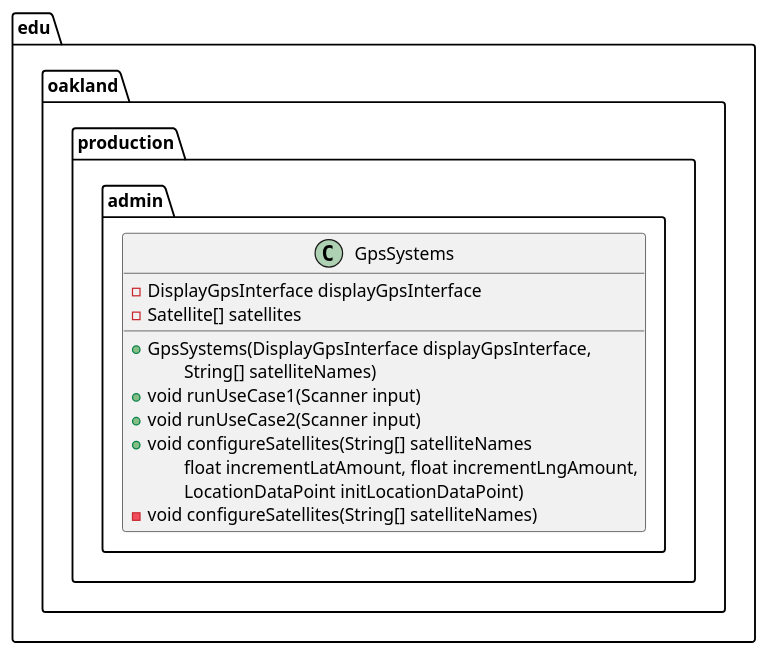
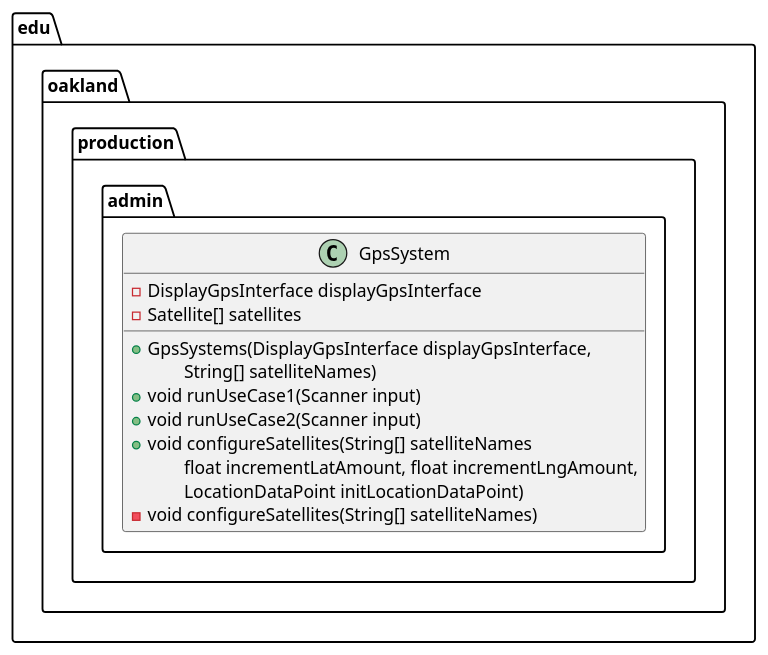
One commit to andrewdimmer/csi-3370-software-project changed the diagram in docs/uml-class-diagrams/admin/production/GpsSystem/GpsSystem.puml. Above: the diagram before and after it, drawn with PlantUML. The commit also changed 43 other files, not shown here.

Commit message:
[Admin] Set Up Test Class UML File Structure

```diff
--- a/docs/uml-class-diagrams/admin/production/GpsSystem/GpsSystem.puml
+++ b/docs/uml-class-diagrams/admin/production/GpsSystem/GpsSystem.puml
@@ -1,19 +1,19 @@
 @startuml GpsSystem
 
 package edu.oakland.production.admin {
-    class GpsSystems {
+    class GpsSystem {
         - DisplayGpsInterface displayGpsInterface
         - Satellite[] satellites
         __
         + GpsSystems(DisplayGpsInterface displayGpsInterface,
         \tString[] satelliteNames)
         + void runUseCase1(Scanner input)
         + void runUseCase2(Scanner input)
         + void configureSatellites(String[] satelliteNames
         \tfloat incrementLatAmount, float incrementLngAmount,
         \tLocationDataPoint initLocationDataPoint)
         - void configureSatellites(String[] satelliteNames)
     }
 }
 
 @enduml
```
